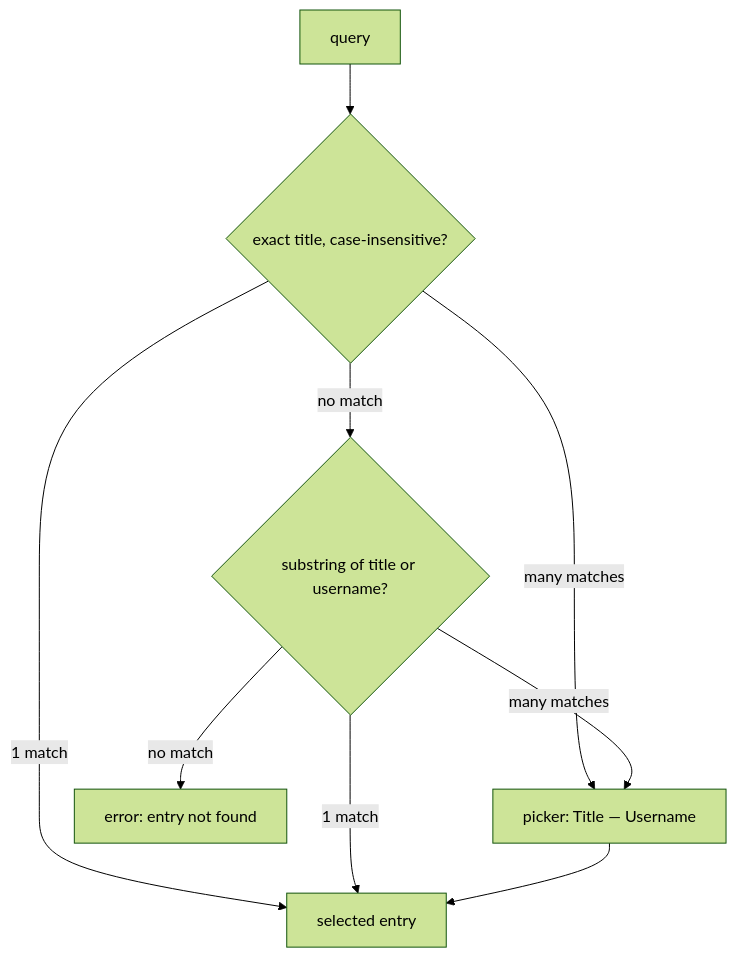
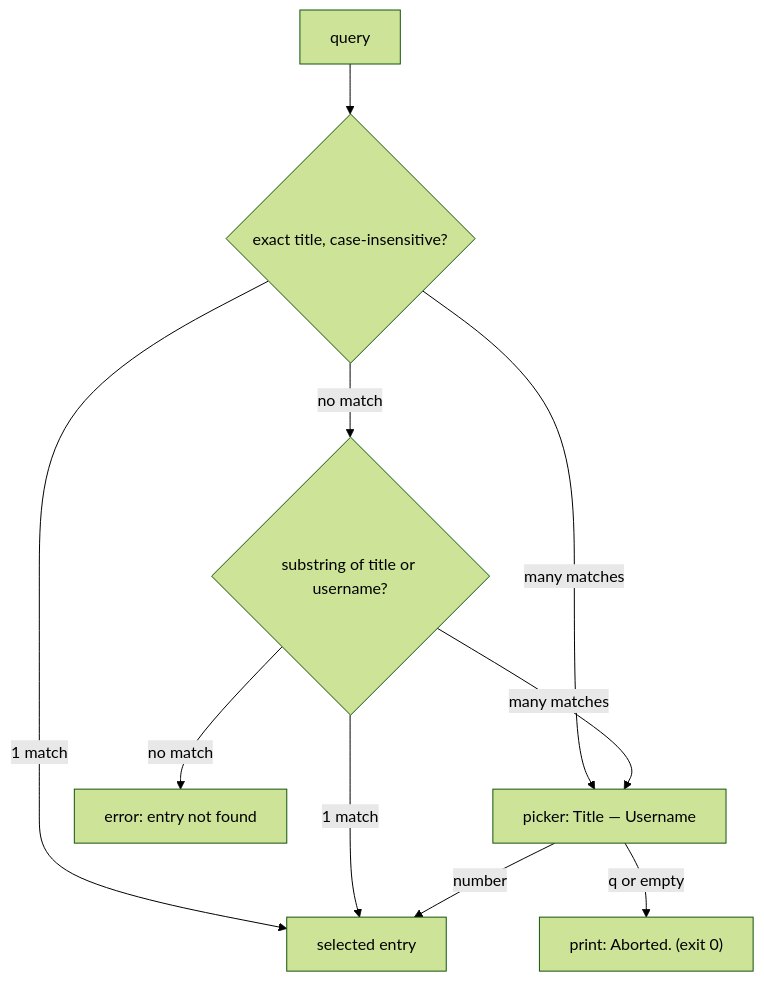
Before and after one commit to nxkh4ng/gatekeep: the fifth of 10 diagrams in cmd/FLOWS.md, drawn with Mermaid (forest theme). The commit also changed 7 other files, not shown here.

````diff
--- a/cmd/FLOWS.md
+++ b/cmd/FLOWS.md
@@ -83,11 +83,12 @@
 ```mermaid
 flowchart TD
     A["query"] --> B{"exact title, case-insensitive?"}
     B -->|1 match| S["selected entry"]
     B -->|many matches| P["picker: Title — Username"]
     B -->|no match| C{"substring of title or username?"}
     C -->|1 match| S
     C -->|many matches| P
     C -->|no match| X["error: entry not found"]
-    P --> S
+    P -->|number| S
+    P -->|q or empty| Q["print: Aborted. (exit 0)"]
 ```
````
